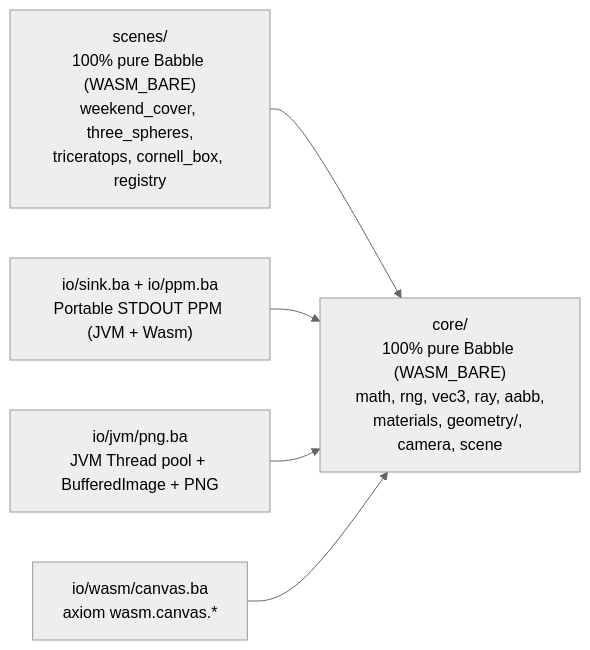
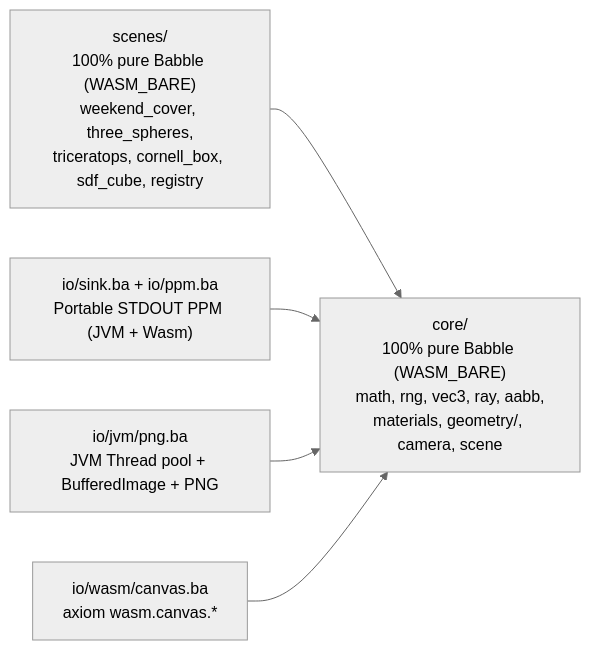
The diagram in examples/raytracer/README.md (nlehuen/babble), drawn with Mermaid (neutral theme) before and after one commit. The commit also changed other lines of this file and 17 other files, not shown here.

Commit message:
Raytracer : add SDF library, sphere-tracing raymarcher, and sculpted CSG cube demo

````diff
--- a/examples/raytracer/README.md
+++ b/examples/raytracer/README.md
@@ -15,13 +15,13 @@
 ```mermaid
 flowchart LR
     Core["core/<br/>100% pure Babble (WASM_BARE)<br/>math, rng, vec3, ray, aabb,<br/>materials, geometry/, camera, scene"]
-    Scenes["scenes/<br/>100% pure Babble (WASM_BARE)<br/>weekend_cover, three_spheres,<br/>triceratops, cornell_box, registry"]
+    Scenes["scenes/<br/>100% pure Babble (WASM_BARE)<br/>weekend_cover, three_spheres,<br/>triceratops, cornell_box, sdf_cube, registry"]
     IO_PPM["io/sink.ba + io/ppm.ba<br/>Portable STDOUT PPM (JVM + Wasm)"]
     IO_JVM["io/jvm/png.ba<br/>JVM Thread pool + BufferedImage + PNG"]
     IO_WASM["io/wasm/canvas.ba<br/>axiom wasm.canvas.*"]
 
     Scenes --> Core
     IO_PPM --> Core
     IO_JVM --> Core
     IO_WASM --> Core
 ```
````
